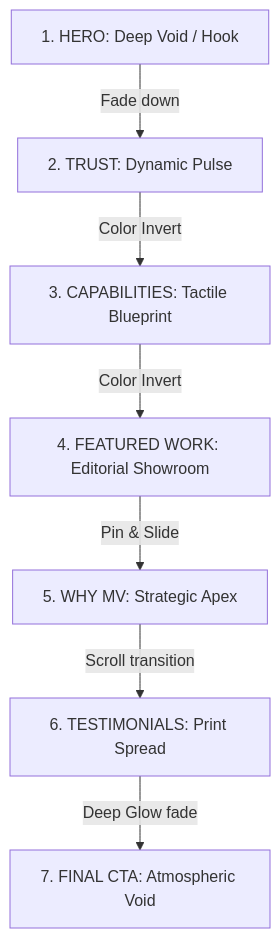
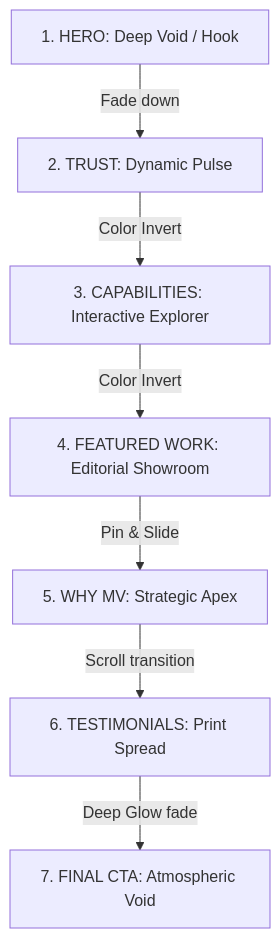
The diagram in mv_creatives_master_design_spec.md (JawwadBhatti/Mv-Creatives), drawn with Mermaid before and after one commit. The commit also changed other lines of this file, not shown here.

````diff
--- a/mv_creatives_master_design_spec.md
+++ b/mv_creatives_master_design_spec.md
@@ -56,9 +56,9 @@
 ```mermaid
 graph TD
     Hero[1. HERO: Deep Void / Hook] -->|Fade down| Trust[2. TRUST: Dynamic Pulse]
-    Trust -->|Color Invert| Cap[3. CAPABILITIES: Tactile Blueprint]
+    Trust -->|Color Invert| Cap[3. CAPABILITIES: Interactive Explorer]
     Cap -->|Color Invert| Work[4. FEATURED WORK: Editorial Showroom]
     Work -->|Pin & Slide| Matrix[5. WHY MV: Strategic Apex]
     Matrix -->|Scroll transition| Test[6. TESTIMONIALS: Print Spread]
     Test -->|Deep Glow fade| CTA[7. FINAL CTA: Atmospheric Void]
 ```
````
